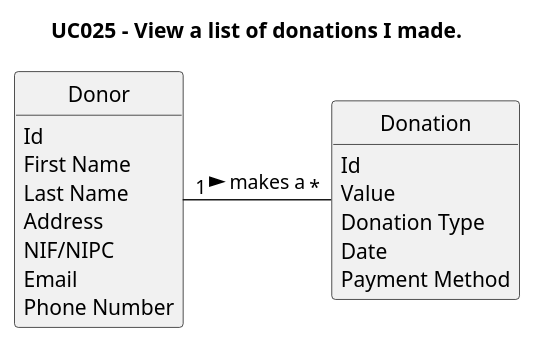
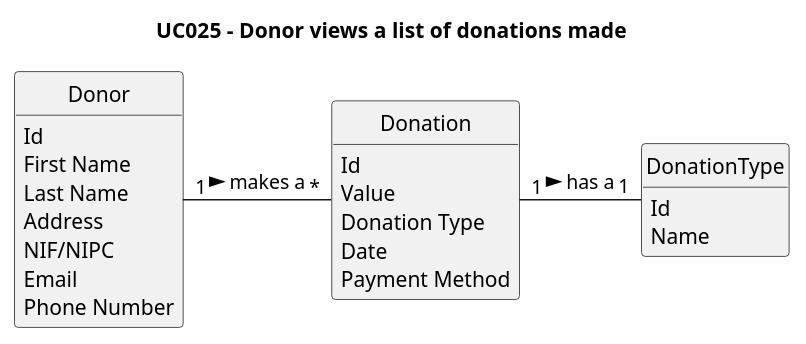
Before and after one commit to tbarracha/Upskill-Sprint-2-Gladly-Given: the diagram in javaSprint2GladlyGiven/Docs/UseCases/uc025/analysis/us025-DM.puml, drawn with PlantUML. The commit also changed 30 other files, not shown here.

```diff
--- a/javaSprint2GladlyGiven/Docs/UseCases/uc025/analysis/us025-DM.puml
+++ b/javaSprint2GladlyGiven/Docs/UseCases/uc025/analysis/us025-DM.puml
@@ -1,33 +1,39 @@
 @startuml
 skinparam monochrome true
 skinparam packageStyle rectangle
 skinparam shadowing false
 
 skinparam classAttributeIconSize 0
 
 hide circle
 hide methods
 
-title UC025 - View a list of donations I made.
+title UC025 - Donor views a list of donations made
 
 class Donation {
     Id
     Value
     Donation Type
     Date
     Payment Method
+}
+
+class DonationType {
+    Id
+    Name
 }
 
 class Donor {
     Id
     First Name
     Last Name
     Address
     NIF/NIPC
     Email
     Phone Number
 }
 
 Donor "1   " - "   *" Donation : makes a >
+Donation "1   " - "   1" DonationType : has a >
 
 @enduml
```
